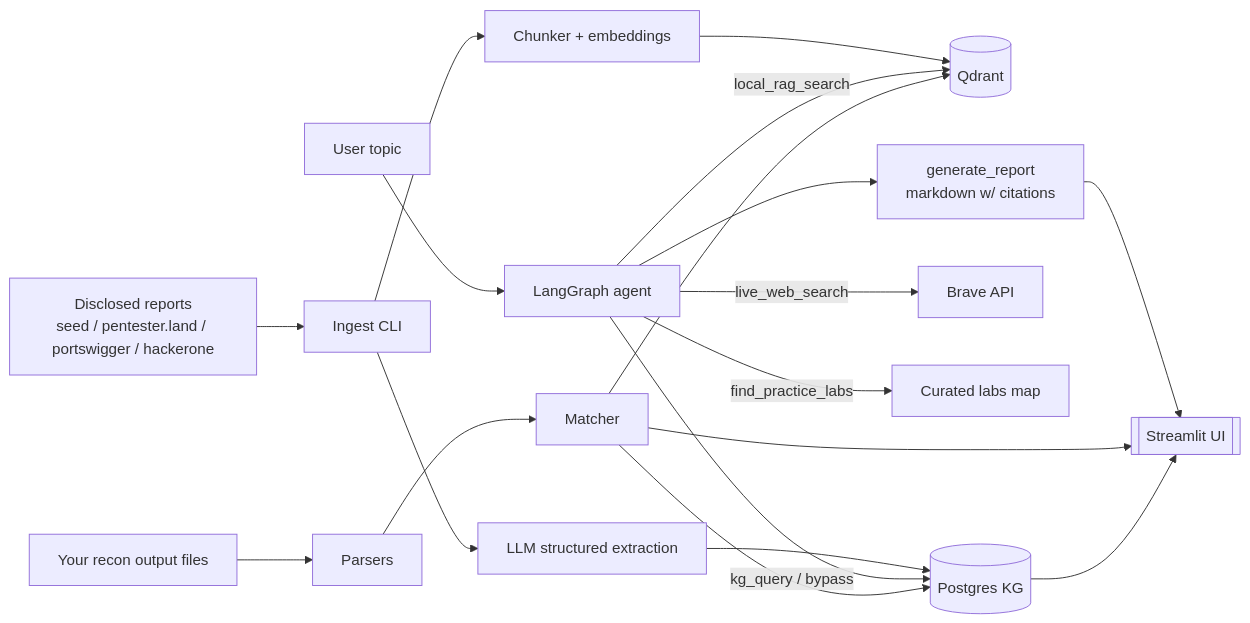
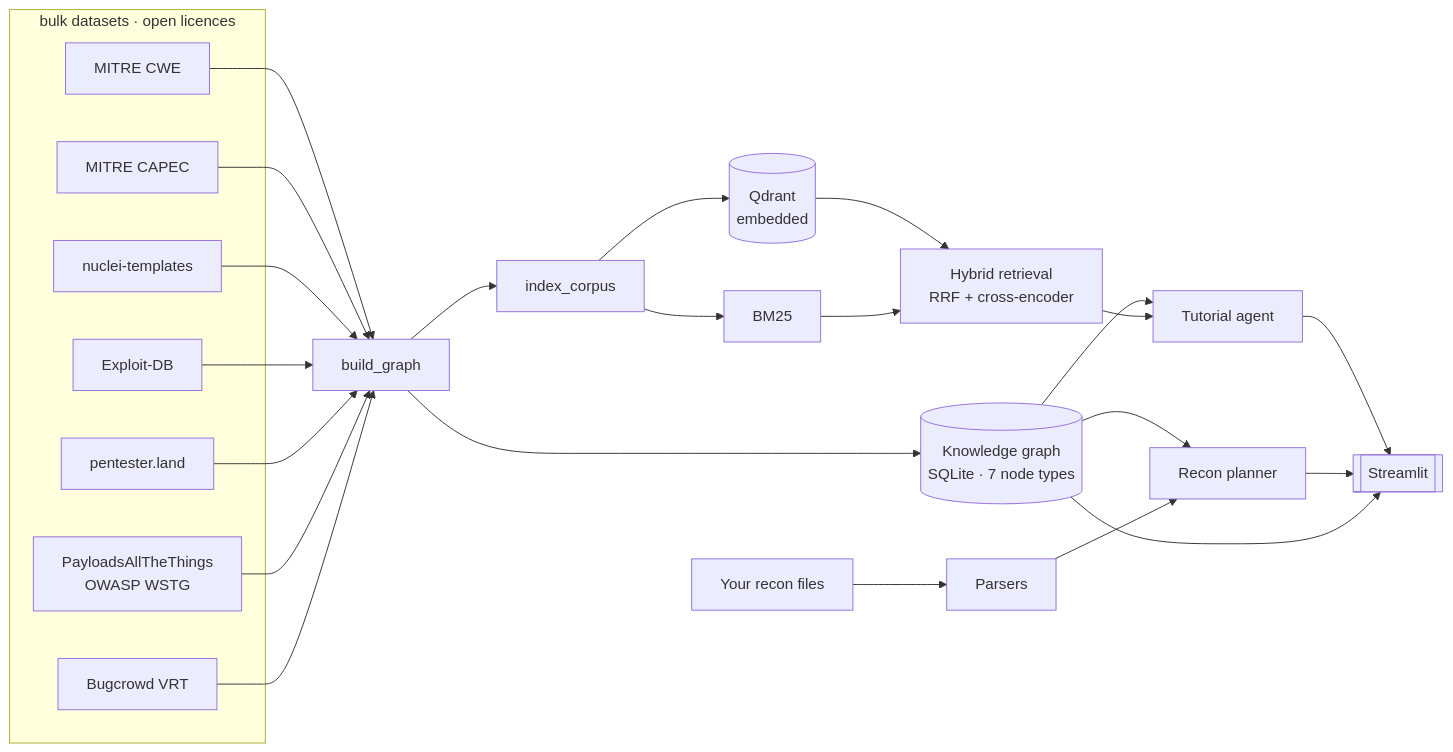
One commit to jayavardhan-g/bountybrain changed the diagram in README.md. Above: the diagram before and after it, drawn with Mermaid. The commit also changed other lines of this file and 94 other files, not shown here.

````diff
--- a/README.md
+++ b/README.md
@@ -18,22 +246,37 @@
 ```mermaid
 flowchart LR
-    A[Disclosed reports<br/>seed / pentester.land / portswigger / hackerone] --> B[Ingest CLI]
-    B --> C[LLM structured extraction]
-    B --> D[Chunker + embeddings]
-    D --> E[(Qdrant)]
-    C --> F[(Postgres KG)]
-    G[User topic] --> H[LangGraph agent]
-    H -->|local_rag_search| E
-    H -->|kg_query / bypass| F
-    H -->|live_web_search| I[Brave API]
-    H -->|find_practice_labs| J[Curated labs map]
-    H --> K[generate_report<br/>markdown w/ citations]
-    L[Your recon output files] --> M[Parsers]
-    M --> N[Matcher]
-    N --> F
-    N --> E
-    K --> UI
-    N --> UI
-    F --> UI
-    UI[[Streamlit UI]]
+    subgraph Sources["bulk datasets · open licences"]
+        CWE[MITRE CWE]
+        CAPEC[MITRE CAPEC]
+        NUC[nuclei-templates]
+        EDB[Exploit-DB]
+        PL[pentester.land]
+        DOCS[PayloadsAllTheThings<br/>OWASP WSTG]
+        VRT[Bugcrowd VRT]
+    end
+
+    CWE --> B[build_graph]
+    CAPEC --> B
+    NUC --> B
+    EDB --> B
+    PL --> B
+    DOCS --> B
+    VRT --> B
+
+    B --> KG[(Knowledge graph<br/>SQLite · 7 node types)]
+    B --> IDX[index_corpus]
+    IDX --> VEC[(Qdrant<br/>embedded)]
+    IDX --> BM[BM25]
+
+    VEC --> H[Hybrid retrieval<br/>RRF + cross-encoder]
+    BM --> H
+
+    KG --> PLAN[Recon planner]
+    RECON[Your recon files] --> PARSE[Parsers] --> PLAN
+    KG --> AGENT[Tutorial agent]
+    H --> AGENT
+
+    AGENT --> UI[[Streamlit]]
+    PLAN --> UI
+    KG --> UI
 ```
````
